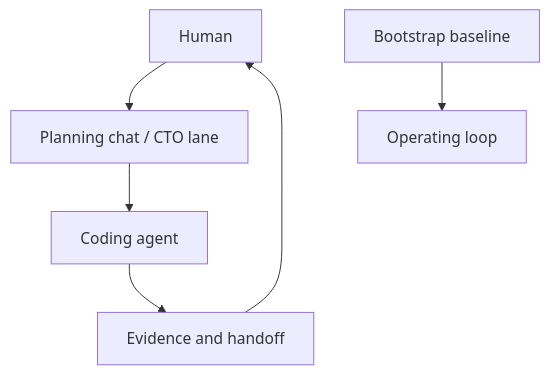
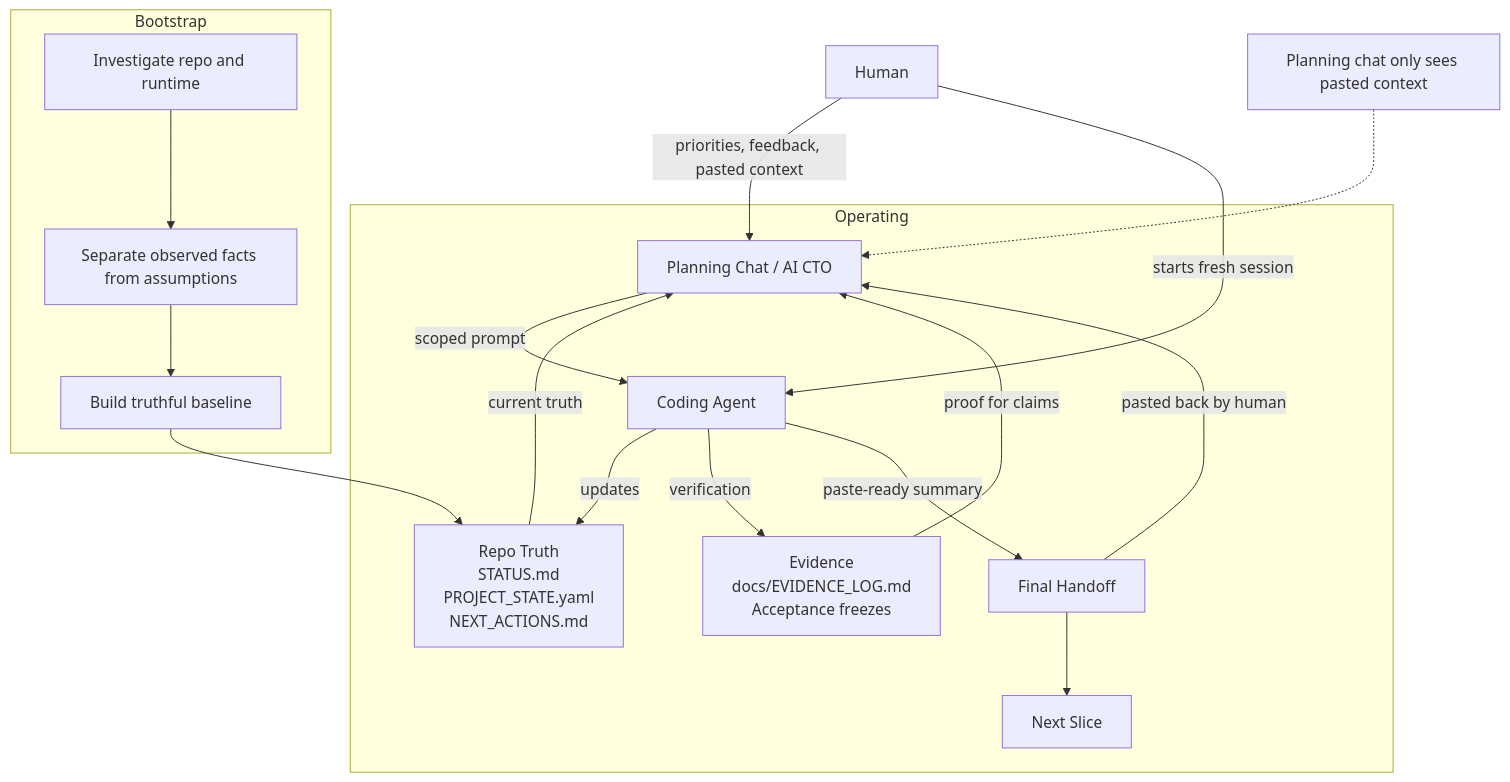
Before and after one commit to lennertvhoy/ProjectState_Template: the diagram in README.md, drawn with Mermaid. The commit also changed other lines of this file, not shown here.

Commit message:
Improve README workflow diagram

````diff
--- a/README.md
+++ b/README.md
@@ -250,13 +252,34 @@
 ```mermaid
 flowchart TD
     H[Human]
-    CTO[Planning chat / CTO lane]
-    CA[Coding agent]
-    E[Evidence and handoff]
+    P[Planning Chat / AI CTO]
+    C[Coding Agent]
+    S[Repo Truth<br/>STATUS.md<br/>PROJECT_STATE.yaml<br/>NEXT_ACTIONS.md]
+    E[Evidence<br/>docs/EVIDENCE_LOG.md<br/>Acceptance freezes]
+    F[Final Handoff]
+    N[Next Slice]
+    X[Planning chat only sees pasted context]
 
-    B[Bootstrap baseline] --> O[Operating loop]
-    H --> CTO
-    CTO --> CA
-    CA --> E
-    E --> H
+    subgraph B[Bootstrap]
+        B1[Investigate repo and runtime]
+        B2[Separate observed facts from assumptions]
+        B3[Build truthful baseline]
+        B1 --> B2 --> B3
+    end
+
+    subgraph O[Operating]
+        P -->|scoped prompt| C
+        C -->|updates| S
+        C -->|verification| E
+        C -->|paste-ready summary| F
+        F -->|pasted back by human| P
+        F --> N
+    end
+
+    H -->|priorities, feedback, pasted context| P
+    H -->|starts fresh session| C
+    B3 --> S
+    S -->|current truth| P
+    E -->|proof for claims| P
+    X -.-> P
 ```
````
